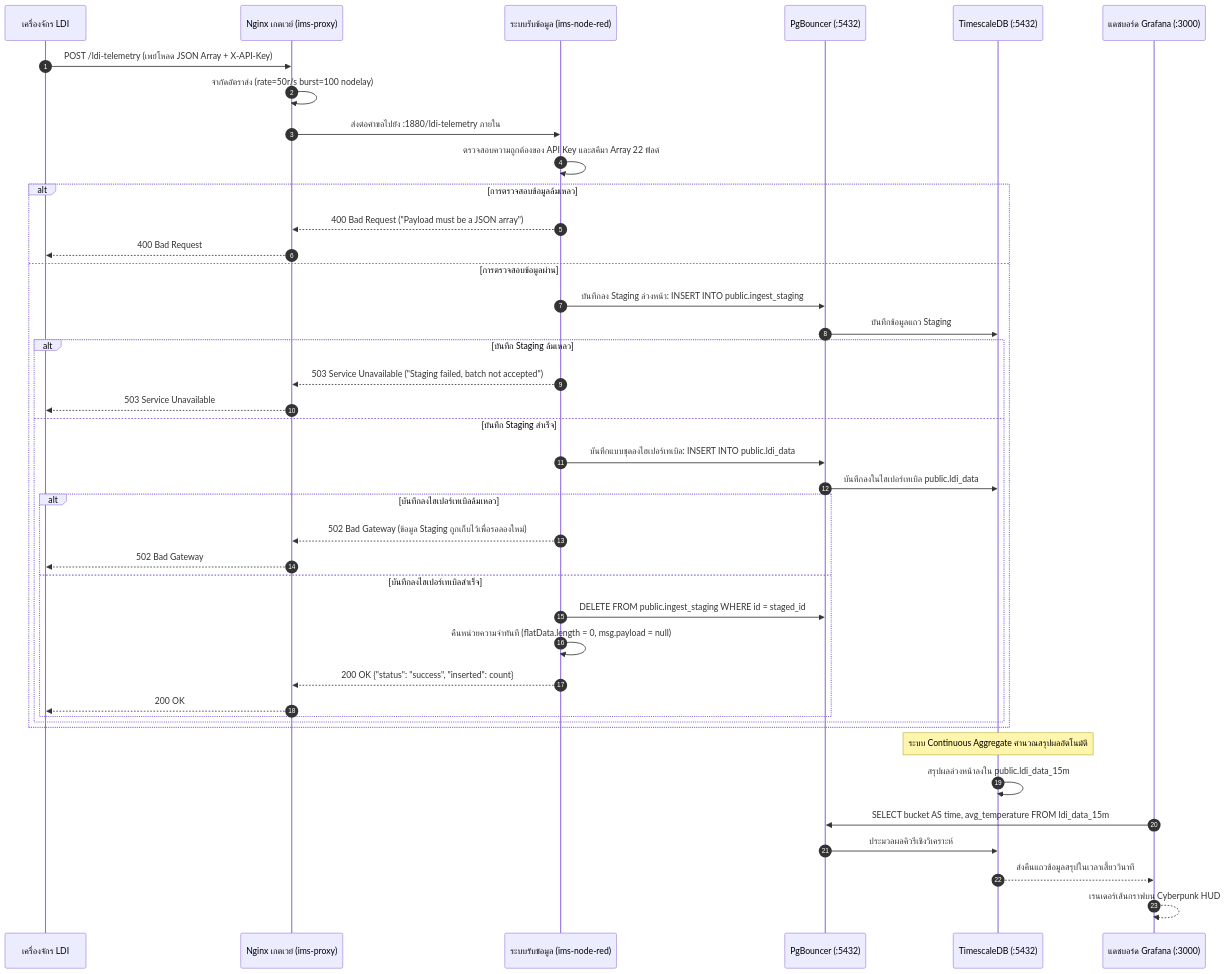
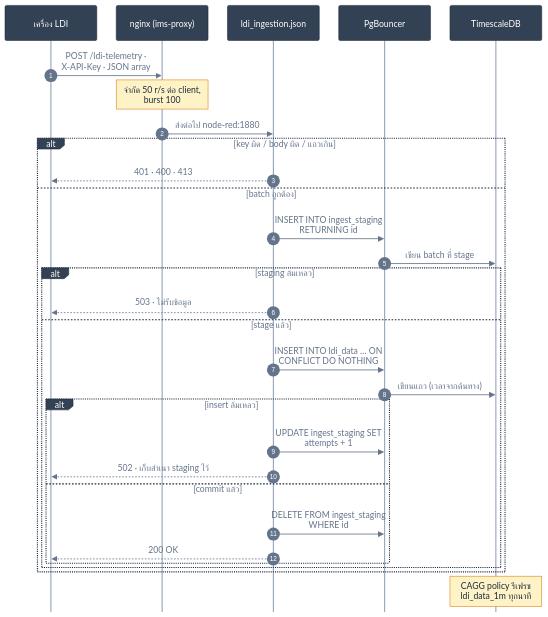
Before and after one commit to PATTANAKORN025/IMS: the fourth of 8 diagrams in th/docs/architecture/ARCHITECTURE_DIAGRAM.md, drawn with Mermaid. The commit also changed other lines of this file and 84 other files, not shown here.

First line of the commit message:
docs(diagrams): one verified, accessible standard for every Mermaid diagram

````diff
--- a/th/docs/architecture/ARCHITECTURE_DIAGRAM.md
+++ b/th/docs/architecture/ARCHITECTURE_DIAGRAM.md
@@ -199,47 +269,35 @@
 ```mermaid
+%%{init: {"flowchart": {"nodeSpacing": 20, "rankSpacing": 32, "padding": 10, "wrappingWidth": 150, "curve": "basis"}, "sequence": {"wrap": true, "width": 170, "actorMargin": 36, "boxMargin": 8, "noteMargin": 8, "messageMargin": 30, "mirrorActors": false}, "state": {"padding": 6}, "theme": "base", "themeVariables": {"fontFamily": "Inter, Segoe UI, Helvetica, Arial, sans-serif", "fontSize": "14px", "primaryColor": "#334155", "primaryTextColor": "#ffffff", "primaryBorderColor": "#1e293b", "lineColor": "#64748b", "textColor": "#64748b", "secondaryColor": "#475569", "tertiaryColor": "#f1f5f9", "clusterBkg": "transparent", "clusterBorder": "#94a3b8", "titleColor": "#64748b", "edgeLabelBackground": "#475569", "nodeTextColor": "#ffffff", "noteBkgColor": "#fef3c7", "noteTextColor": "#1e293b", "noteBorderColor": "#d97706", "actorBkg": "#334155", "actorTextColor": "#ffffff", "actorBorder": "#1e293b", "actorLineColor": "#94a3b8", "signalColor": "#64748b", "signalTextColor": "#64748b", "labelBoxBkgColor": "#334155", "labelBoxBorderColor": "#1e293b", "labelTextColor": "#ffffff", "loopTextColor": "#64748b", "activationBkgColor": "#e2e8f0", "sequenceNumberColor": "#ffffff", "stateLabelColor": "#ffffff", "compositeBackground": "transparent", "transitionColor": "#64748b", "transitionLabelColor": "#64748b"}}}%%
 sequenceDiagram
+  accTitle: การรับข้อมูล LDI แบบเขียนผ่าน staging
+  accDescr: batch จะได้รับการตอบรับหลัง commit แล้วเท่านั้น: Node-RED บันทึกลง ingest_staging ก่อน แล้ว insert ลง ldi_data ลบสำเนา staging และตอบ 200 กรณีล้มเหลวตอบ 400, 401, 413, 503 หรือ 502 และหาก insert ล้มเหลวสำเนา staging จะยังอยู่เพื่อกู้คืน
   autonumber
-  participant Machine as เครื่องจักร LDI
-  participant Proxy as Nginx เกตเวย์ (ims-proxy)
-  participant NodeRed as ระบบรับข้อมูล (ims-node-red)
-  participant PgBouncer as PgBouncer (:5432)
-  participant TimescaleDB as TimescaleDB (:5432)
-  participant Grafana as แดชบอร์ด Grafana (:3000)
-
-  Machine->>Proxy: POST /ldi-telemetry (เพย์โหลด JSON Array + X-API-Key)
-  Proxy->>Proxy: จำกัดอัตราส่ง (rate=50r/s burst=100 nodelay)
-  Proxy->>NodeRed: ส่งต่อคำขอไปยัง :1880/ldi-telemetry ภายใน
-  NodeRed->>NodeRed: ตรวจสอบความถูกต้องของ API Key และสคีมา Array 22 ฟิลด์
-
-  alt การตรวจสอบข้อมูลล้มเหลว
-    NodeRed-->>Proxy: 400 Bad Request ("Payload must be a JSON array")
-    Proxy-->>Machine: 400 Bad Request
-  else การตรวจสอบข้อมูลผ่าน
-    NodeRed->>PgBouncer: บันทึกลง Staging ล่วงหน้า: INSERT INTO public.ingest_staging
-    PgBouncer->>TimescaleDB: บันทึกข้อมูลแถว Staging
-    alt บันทึก Staging ล้มเหลว
-      NodeRed-->>Proxy: 503 Service Unavailable ("Staging failed, batch not accepted")
-      Proxy-->>Machine: 503 Service Unavailable
-    else บันทึก Staging สำเร็จ
-      NodeRed->>PgBouncer: บันทึกแบบชุดลงไฮเปอร์เทเบิล: INSERT INTO public.ldi_data
-      PgBouncer->>TimescaleDB: บันทึกลงในไฮเปอร์เทเบิล public.ldi_data
-      alt บันทึกลงไฮเปอร์เทเบิลล้มเหลว
-        NodeRed-->>Proxy: 502 Bad Gateway (ข้อมูล Staging ถูกเก็บไว้เพื่อรอลองใหม่)
-        Proxy-->>Machine: 502 Bad Gateway
-      else บันทึกลงไฮเปอร์เทเบิลสำเร็จ
-        NodeRed->>PgBouncer: DELETE FROM public.ingest_staging WHERE id = staged_id
-        NodeRed->>NodeRed: คืนหน่วยความจำทันที (flatData.length = 0, msg.payload = null)
-        NodeRed-->>Proxy: 200 OK {"status": "success", "inserted": count}
-        Proxy-->>Machine: 200 OK
+  participant M as เครื่อง LDI
+  participant P as nginx (ims-proxy)
+  participant N as ldi_ingestion.json
+  participant B as PgBouncer
+  participant T as TimescaleDB
+  M->>P: POST /ldi-telemetry · X-API-Key · JSON array
+  Note over P: จำกัด 50 r/s ต่อ client, burst 100
+  P->>N: ส่งต่อไป node-red:1880
+  alt key ผิด / body ผิด / แถวเกิน
+    N-->>M: 401 · 400 · 413
+  else batch ถูกต้อง
+    N->>B: INSERT INTO ingest_staging RETURNING id
+    B->>T: เขียน batch ที่ stage
+    alt staging ล้มเหลว
+      N-->>M: 503 · ไม่รับข้อมูล
+    else stage แล้ว
+      N->>B: INSERT INTO ldi_data … ON CONFLICT DO NOTHING
+      B->>T: เขียนแถว (เวลาจากต้นทาง)
+      alt insert ล้มเหลว
+        N->>B: UPDATE ingest_staging SET attempts + 1
+        N-->>M: 502 · เก็บสำเนา staging ไว้
+      else commit แล้ว
+        N->>B: DELETE FROM ingest_staging WHERE id
+        N-->>M: 200 OK
       end
     end
   end
-
-  Note over TimescaleDB: ระบบ Continuous Aggregate คำนวณสรุปผลอัตโนมัติ
-  TimescaleDB->>TimescaleDB: สรุปผลล่วงหน้าลงใน public.ldi_data_15m
-
-  Grafana->>PgBouncer: SELECT bucket AS time, avg_temperature FROM ldi_data_15m
-  PgBouncer->>TimescaleDB: ประมวลผลคิวรีเชิงวิเคราะห์
-  TimescaleDB-->>Grafana: ส่งคืนแถวข้อมูลสรุปในเวลาเสี้ยววินาที
-  Grafana-->>Grafana: เรนเดอร์เส้นกราฟบน Cyberpunk HUD
+  Note over T: CAGG policy รีเฟรช ldi_data_1m ทุกนาที
 ```
````
